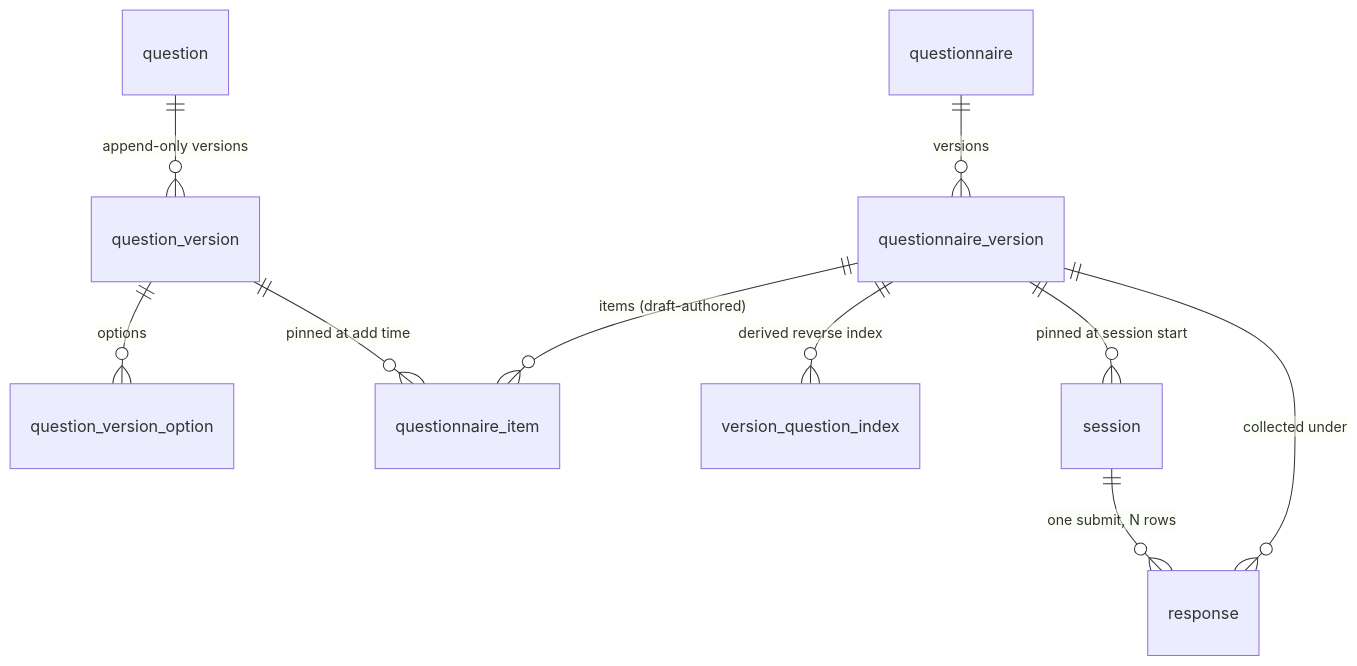
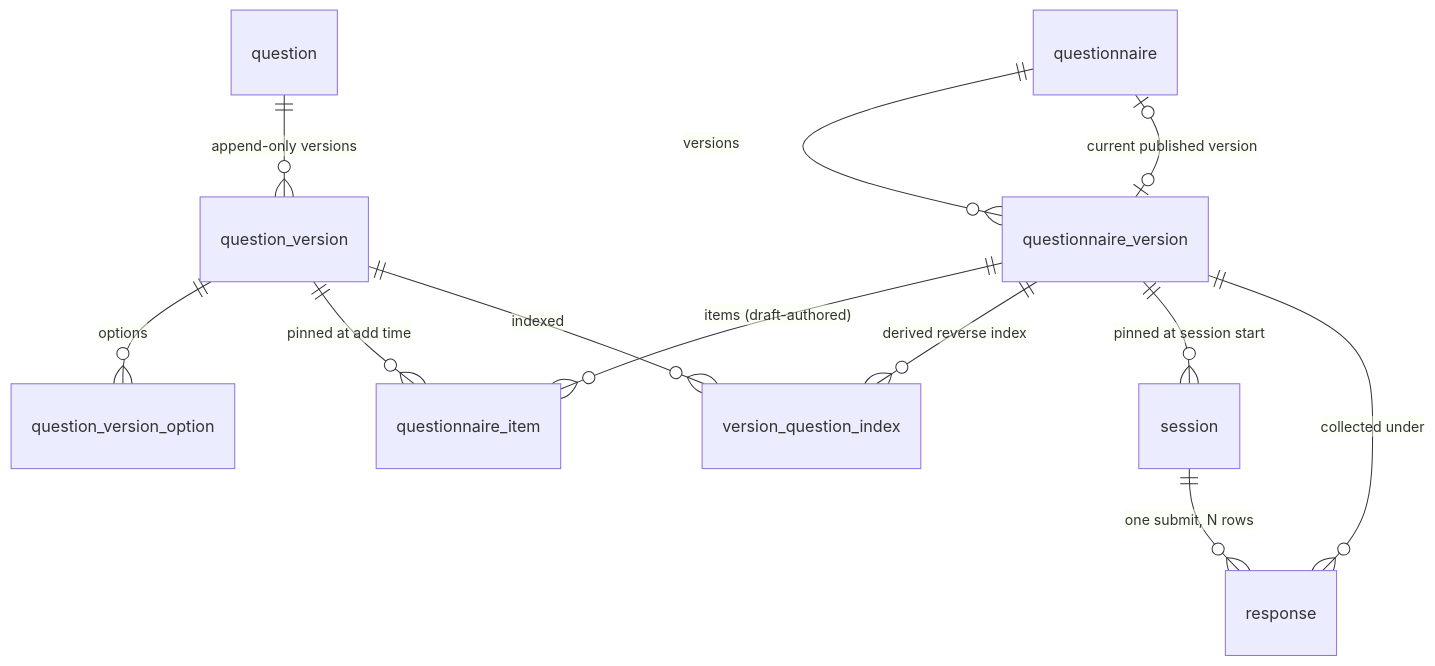
Before and after one commit to kenziesimpson/questionnaire-platform: the diagram in docs/9-database-schema.md, drawn with Mermaid. The commit also changed other lines of this file and 10 other files, not shown here.

````diff
--- a/docs/9-database-schema.md
+++ b/docs/9-database-schema.md
@@ -20,12 +23,14 @@
 ```mermaid
 erDiagram
     questionnaire            ||--o{ questionnaire_version   : "versions"
+    questionnaire            |o--o| questionnaire_version   : "current published version"
     questionnaire_version    ||--o{ questionnaire_item      : "items (draft-authored)"
     questionnaire_version    ||--o{ version_question_index  : "derived reverse index"
     question                 ||--o{ question_version        : "append-only versions"
     question_version         ||--o{ question_version_option : "options"
     question_version         ||--o{ questionnaire_item      : "pinned at add time"
+    question_version         ||--o{ version_question_index  : "indexed"
     questionnaire_version    ||--o{ session                 : "pinned at session start"
     session                  ||--o{ response                : "one submit, N rows"
     questionnaire_version    ||--o{ response                : "collected under"
 ```
````
